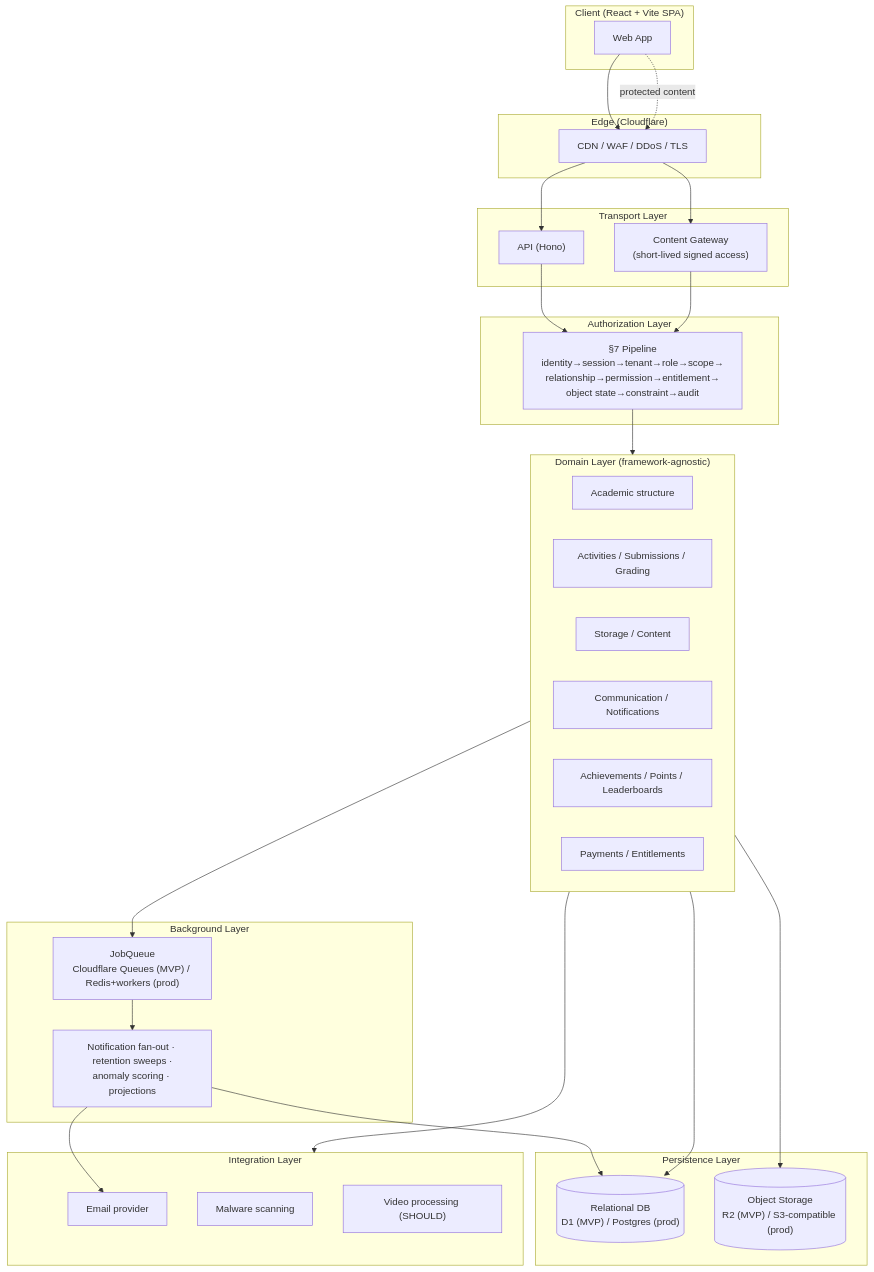
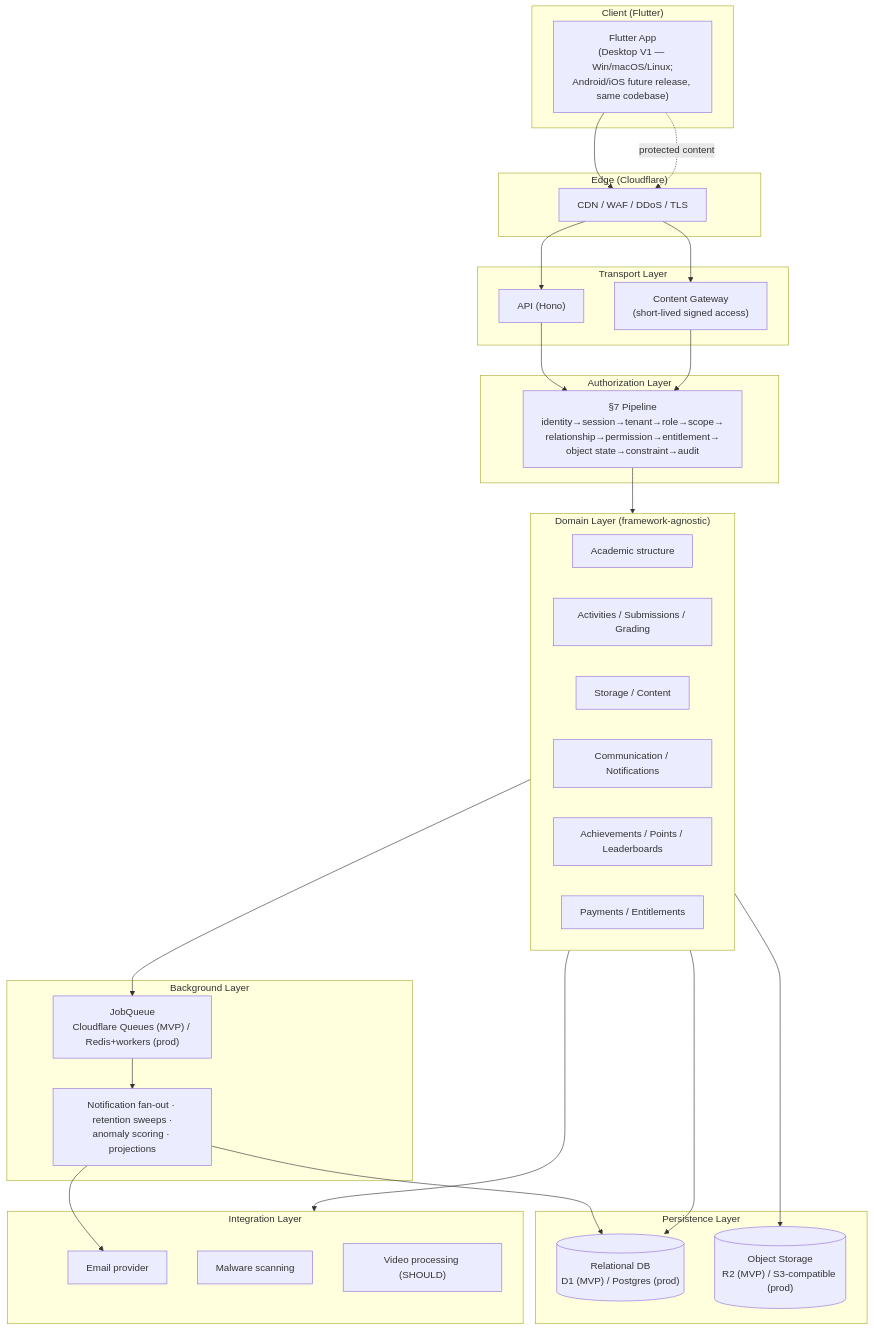
The first of 4 diagrams in docs/architecture/README.md (ravenssoftware/EduCapsules), drawn with Mermaid before and after one commit. The commit also changed other lines of this file and 14 other files, not shown here.

````diff
--- a/docs/architecture/README.md
+++ b/docs/architecture/README.md
@@ -30,56 +30,56 @@
 ```mermaid
 flowchart TB
-    subgraph Client["Client (React + Vite SPA)"]
-        WebApp["Web App"]
+    subgraph Client["Client (Flutter)"]
+        WebApp["Flutter App\n(Desktop V1 — Win/macOS/Linux;\nAndroid/iOS future release, same codebase)"]
     end
 
     subgraph Edge["Edge (Cloudflare)"]
         CDN["CDN / WAF / DDoS / TLS"]
     end
 
     subgraph Transport["Transport Layer"]
         API["API (Hono)"]
         Gateway["Content Gateway\n(short-lived signed access)"]
     end
 
     subgraph AuthZ["Authorization Layer"]
         Pipeline["§7 Pipeline\nidentity→session→tenant→role→scope→\nrelationship→permission→entitlement→\nobject state→constraint→audit"]
     end
 
     subgraph Domain["Domain Layer (framework-agnostic)"]
         Academic["Academic structure"]
         Assess["Activities / Submissions / Grading"]
         Storage["Storage / Content"]
         Comms["Communication / Notifications"]
         Gamification["Achievements / Points / Leaderboards"]
         Commerce["Payments / Entitlements"]
     end
 
     subgraph Persistence["Persistence Layer"]
         DB[("Relational DB\nD1 (MVP) / Postgres (prod)")]
         Obj[("Object Storage\nR2 (MVP) / S3-compatible (prod)")]
     end
 
     subgraph Integration["Integration Layer"]
         Mail["Email provider"]
         Scan["Malware scanning"]
         Video["Video processing (SHOULD)"]
     end
 
     subgraph Background["Background Layer"]
         Queue["JobQueue\nCloudflare Queues (MVP) / Redis+workers (prod)"]
         Jobs["Notification fan-out · retention sweeps ·\nanomaly scoring · projections"]
     end
 
     WebApp --> CDN --> API
     WebApp -. protected content .-> CDN --> Gateway
     API --> Pipeline
     Gateway --> Pipeline
     Pipeline --> Domain
     Domain --> DB
     Domain --> Obj
     Domain --> Integration
     Domain --> Queue --> Jobs
     Jobs --> DB
     Jobs --> Mail
 ```
````
